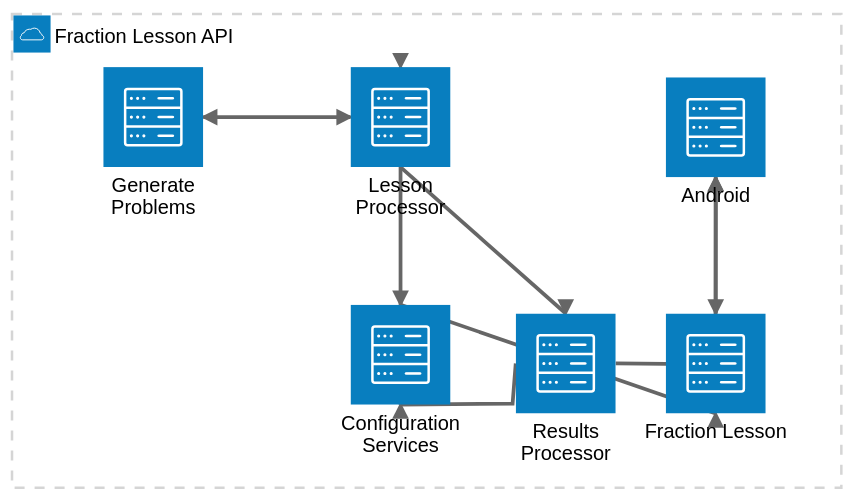
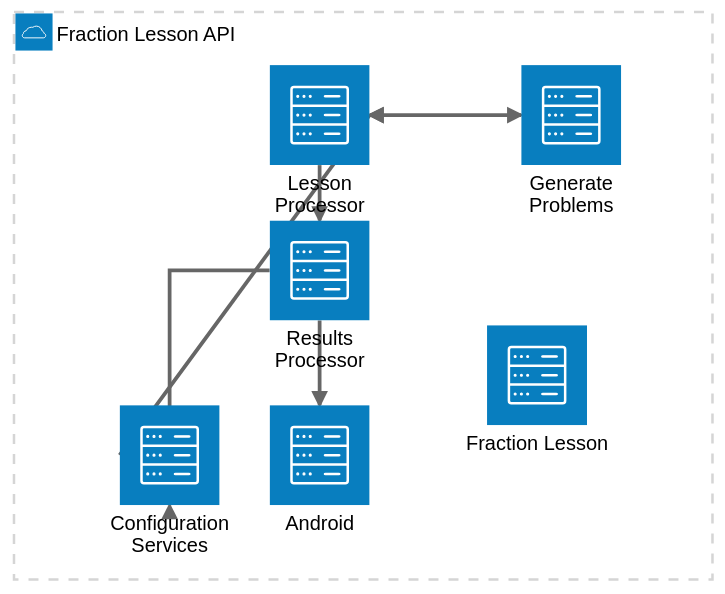
The diagram in README.md (frankaburns/fractionLesson), drawn with Mermaid (neutral theme) before and after one commit.

````diff
--- a/README.md
+++ b/README.md
@@ -132,25 +132,23 @@
 ```mermaid
 
 ---
 title: Lesson Architecture
 ---
 
 architecture-beta
     group api(cloud)[Fraction Lesson API]
 
     service droid(server)[Android] in api
     service sm(server)[Fraction Lesson] in api
     service config(server)[Configuration Services] in api
     service build(server)[Generate Problems] in api
     service run(server)[Lesson Processor] in api
     service res(server)[Results Processor] in api
     
-    droid:B <--> T:sm
-    sm:B <--> T:config
-    config:B --> T:run
-    run:L <--> R:build
+    config:L --> R:run
+    run:R <--> L:build
     run:B --> T:res
-    res:R --> B:droid
+    res:B --> T:droid
     res:L --> B:config
     
 ```
````
